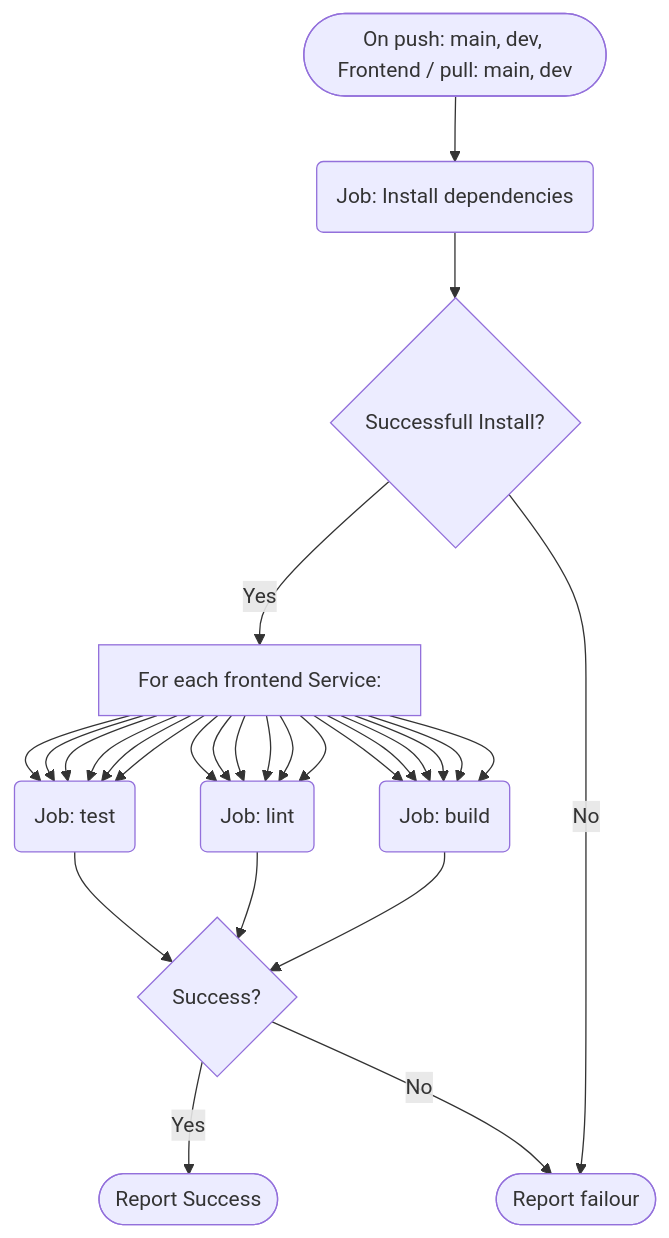
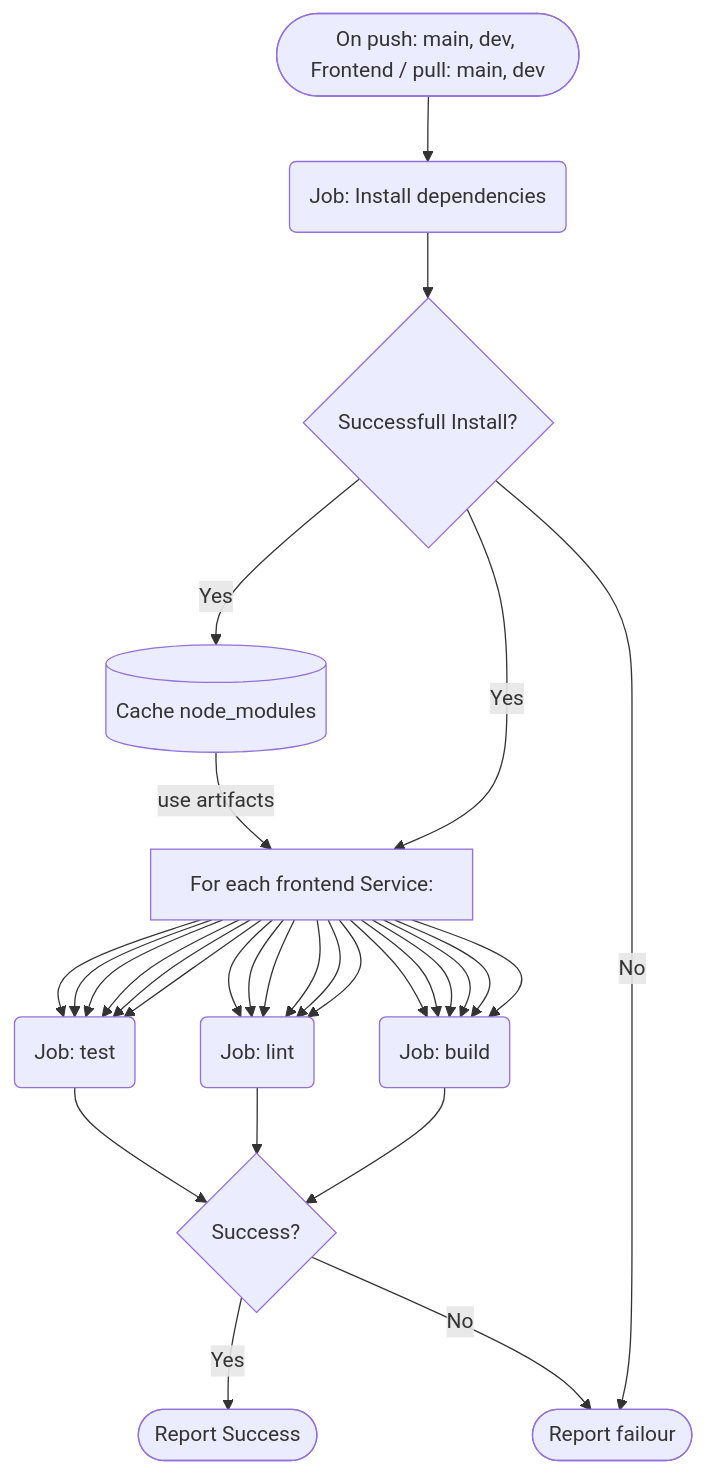
The second of 5 diagrams in docs/SRS/Software-Architecture-Specification.md (COS301-SE-2026/Tyto-PhishShield), drawn with Mermaid before and after one commit. The commit also changed other lines of this file, not shown here.

Commit message:
updated ci-cd

````diff
--- a/docs/SRS/Software-Architecture-Specification.md
+++ b/docs/SRS/Software-Architecture-Specification.md
@@ -146,30 +148,32 @@
 ```mermaid
 flowchart TD
     A([On push: main, dev, Frontend / pull: main, dev]) --> B(Job: Install dependencies)
     B -->C{Successfull Install?}
     C -->|Yes| D[For each frontend Service:]
+	C --> |Yes| K[(Cache node_modules)]
+	K --> |use artifacts| D
     C -->|No| E([Report failour])
     D --> F(Job: build)
     D --> G(Job: lint)
     D --> H(Job: test)
 	D --> F
 	D --> G
 	D --> H
 	D --> F
 	D --> G
 	D --> H
 	D --> F
 	D --> G
 	D --> H
 	D --> F
 	D --> G
 	D --> H
 	D --> F
 	D --> G
 	D --> H
     F --> I{Success?}
     G --> I
     H --> I
     I --> |Yes| J([Report Success])
     I --> |No| E
 ```
````
